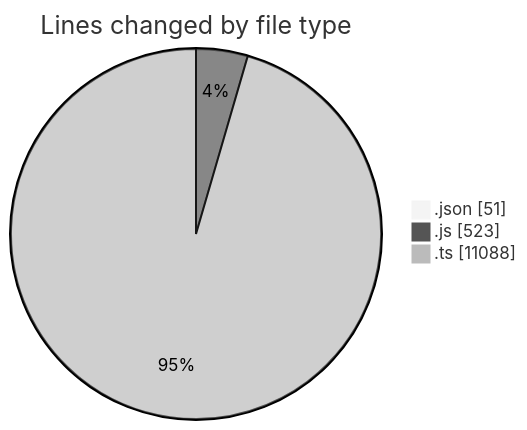
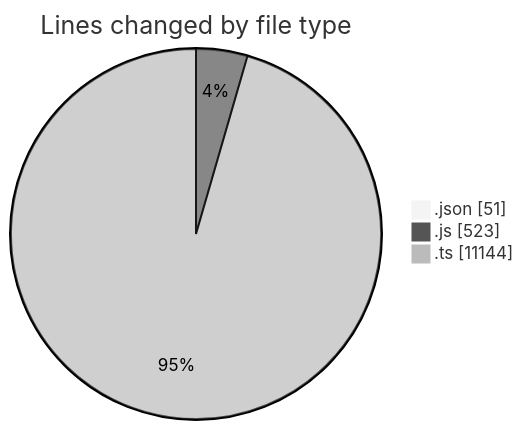
One commit to momahboobian/code-tracking changed the first of 2 diagrams in 2025-10-08/cda/README.md. Above: the diagram before and after it, drawn with Mermaid (neutral theme). The commit also changed other lines of this file and 1 other file, not shown here.

````diff
--- a/2025-10-08/cda/README.md
+++ b/2025-10-08/cda/README.md
@@ -30,7 +30,7 @@
 ```mermaid
 pie showData
 title Lines changed by file type
 ".json" : 51
 ".js" : 523
-".ts" : 11088
+".ts" : 11144
 ```
````
